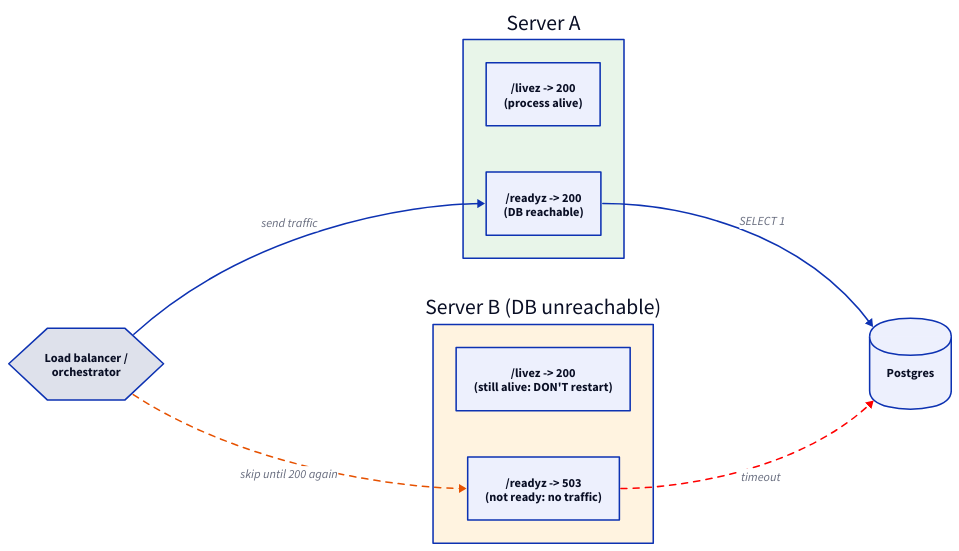
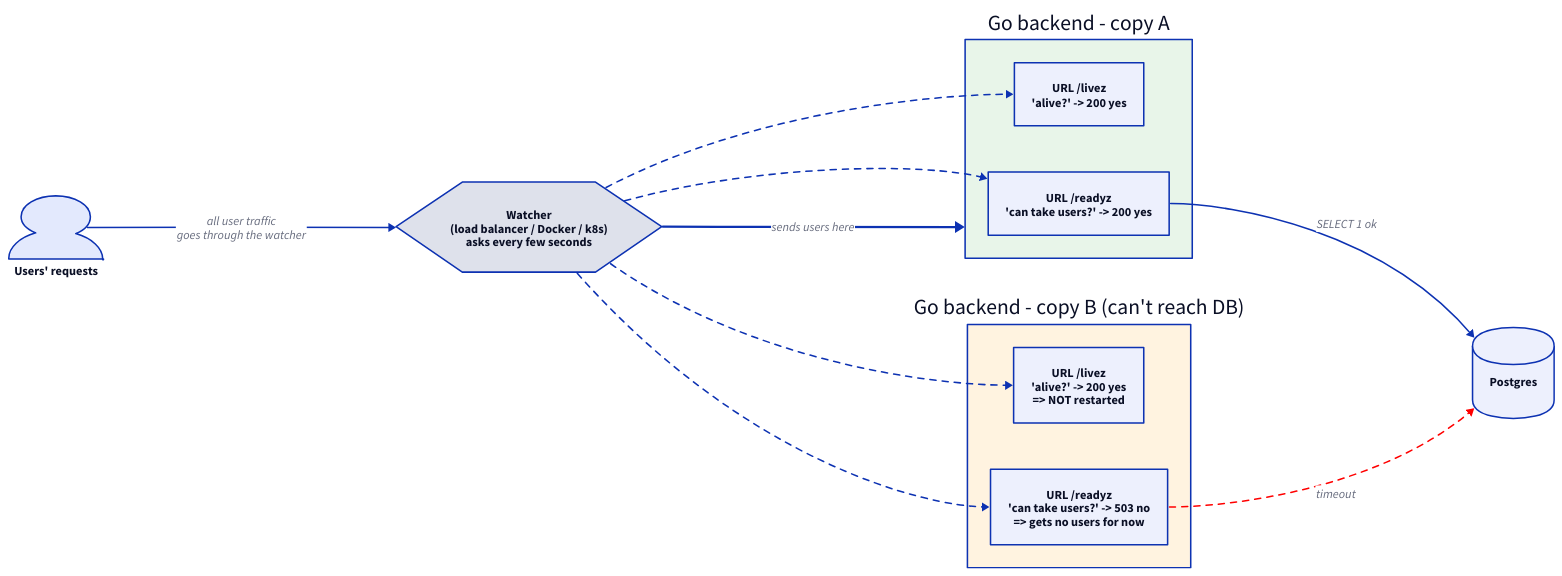
The diagram in knowledge-base/diagrams/notes/02-liveness-readiness.d2 (Prathmeshgumal/system), drawn with D2 before and after one commit. The commit also changed 2 other files, not shown here.

Commit message:
make health check diagram clearer

```diff
--- a/knowledge-base/diagrams/notes/02-liveness-readiness.d2
+++ b/knowledge-base/diagrams/notes/02-liveness-readiness.d2
@@ -1,23 +1,33 @@
-# Liveness vs readiness during a short Postgres outage.
+# Two copies of the Go BACKEND (no frontend here) during a short Postgres problem.
+# The "watcher" (Docker today, load balancer in Phase 3, Kubernetes in Phase 7)
+# calls two URLs on each copy and acts on the answers. Users never call these URLs.
 direction: right
 
-lb: "Load balancer /\norchestrator" {shape: hexagon}
+users: "Users' requests" {shape: person}
 
-ok: "Server A" {
+watcher: "Watcher\n(load balancer / Docker / k8s)\nasks every few seconds" {shape: hexagon}
+
+a: "Go backend - copy A" {
   style.fill: "#e8f5e9"
-  live: "/livez -> 200\n(process alive)"
-  ready: "/readyz -> 200\n(DB reachable)"
+  live: "URL /livez\n'alive?' -> 200 yes"
+  ready: "URL /readyz\n'can take users?' -> 200 yes"
 }
 
-blip: "Server B (DB unreachable)" {
+b: "Go backend - copy B (can't reach DB)" {
   style.fill: "#fff3e0"
-  live: "/livez -> 200\n(still alive: DON'T restart)"
-  ready: "/readyz -> 503\n(not ready: no traffic)"
+  live: "URL /livez\n'alive?' -> 200 yes\n=> NOT restarted"
+  ready: "URL /readyz\n'can take users?' -> 503 no\n=> gets no users for now"
 }
 
 db: "Postgres" {shape: cylinder}
 
-lb -> ok.ready: "send traffic"
-lb -> blip.ready: "skip until 200 again" {style.stroke-dash: 4; style.stroke: "#e65100"}
-ok.ready -> db: "SELECT 1"
-blip.ready -> db: "timeout" {style.stroke: red; style.stroke-dash: 4}
+watcher -> a.live {style.stroke-dash: 4}
+watcher -> a.ready {style.stroke-dash: 4}
+watcher -> b.live {style.stroke-dash: 4}
+watcher -> b.ready {style.stroke-dash: 4}
+
+users -> watcher: "all user traffic\ngoes through the watcher"
+watcher -> a: "sends users here" {style.stroke-width: 3}
+
+a.ready -> db: "SELECT 1 ok"
+b.ready -> db: "timeout" {style.stroke: red; style.stroke-dash: 4}
```
